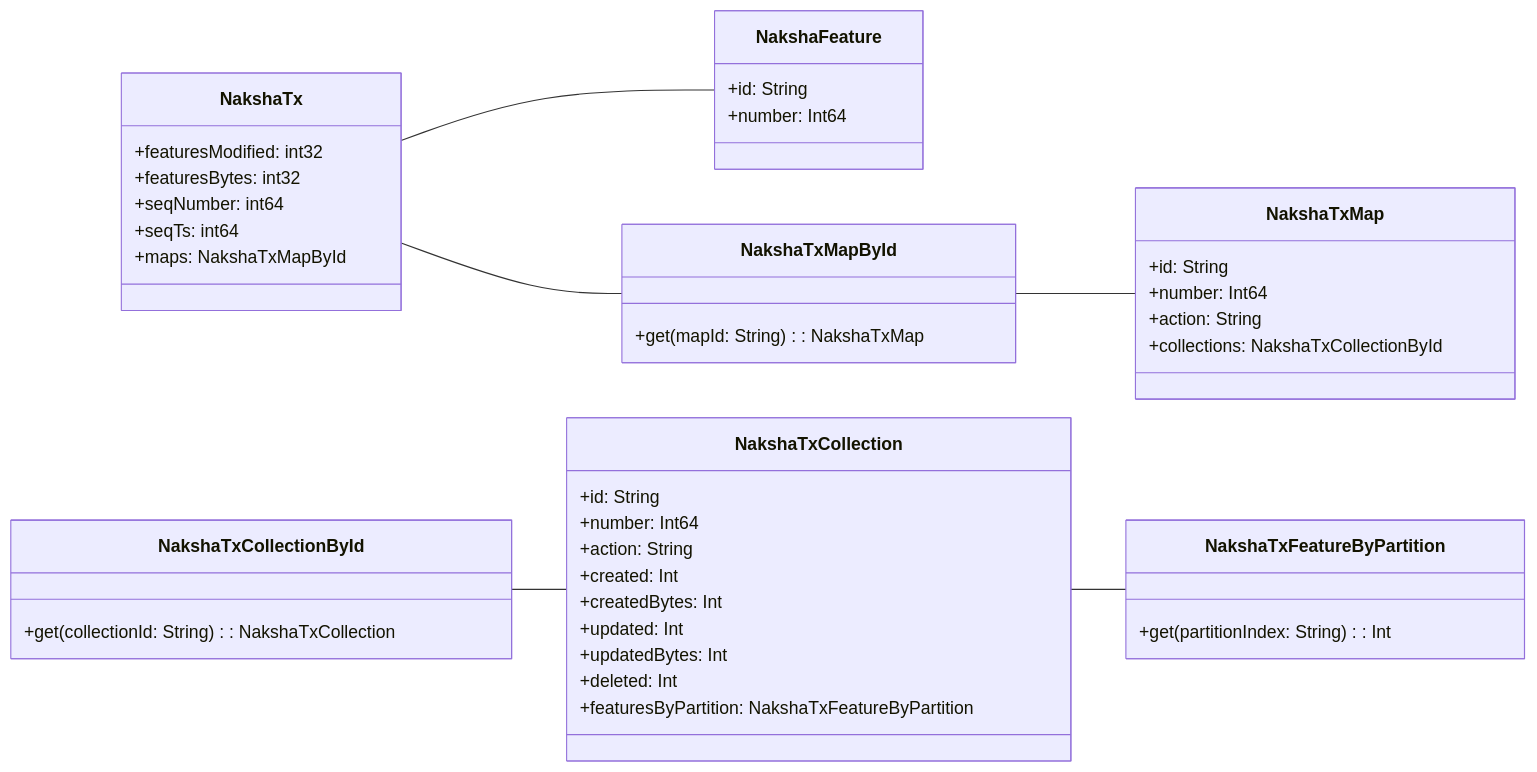
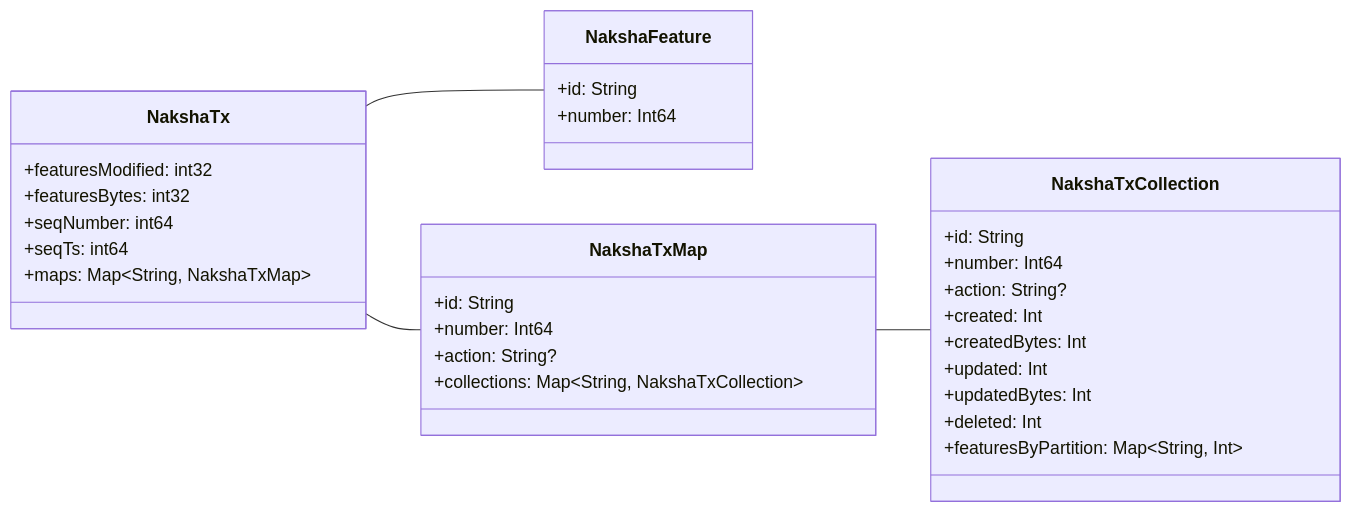
The ninth of 11 diagrams in docs/slides/SAL.md (heremaps/naksha), drawn with Mermaid before and after one commit. The commit also changed other lines of this file, not shown here.

````diff
--- a/docs/slides/SAL.md
+++ b/docs/slides/SAL.md
@@ -350,46 +360,35 @@
 ```mermaid
 classDiagram
   direction LR
   class NakshaFeature {
     +id: String
     +number: Int64
   }
   class NakshaTx {
     +featuresModified: int32
     +featuresBytes: int32
     +seqNumber: int64
     +seqTs: int64
-    +maps: NakshaTxMapById
-  }
-  class NakshaTxMapById {
-    +get(mapId: String): NakshaTxMap
+    +maps: Map~String, NakshaTxMap~
   }
   class NakshaTxMap {
     +id: String
     +number: Int64
-    +action: String
-    +collections: NakshaTxCollectionById
-  }
-  class NakshaTxCollectionById {
-      +get(collectionId: String): NakshaTxCollection
+    +action: String?
+    +collections: Map~String, NakshaTxCollection~
   }
   class NakshaTxCollection {
       +id: String
       +number: Int64
-      +action: String
+      +action: String?
       +created: Int
       +createdBytes: Int
       +updated: Int
       +updatedBytes: Int
       +deleted: Int
-      +featuresByPartition: NakshaTxFeatureByPartition
-  }
-  class NakshaTxFeatureByPartition {
-      +get(partitionIndex: String): Int
+      +featuresByPartition: Map~String, Int~
   }
   NakshaTx -- NakshaFeature
-  NakshaTx -- NakshaTxMapById
-  NakshaTxMapById -- NakshaTxMap
-  NakshaTxCollectionById -- NakshaTxCollection
-  NakshaTxCollection -- NakshaTxFeatureByPartition
+  NakshaTx -- NakshaTxMap
+  NakshaTxMap -- NakshaTxCollection
 ```
````
